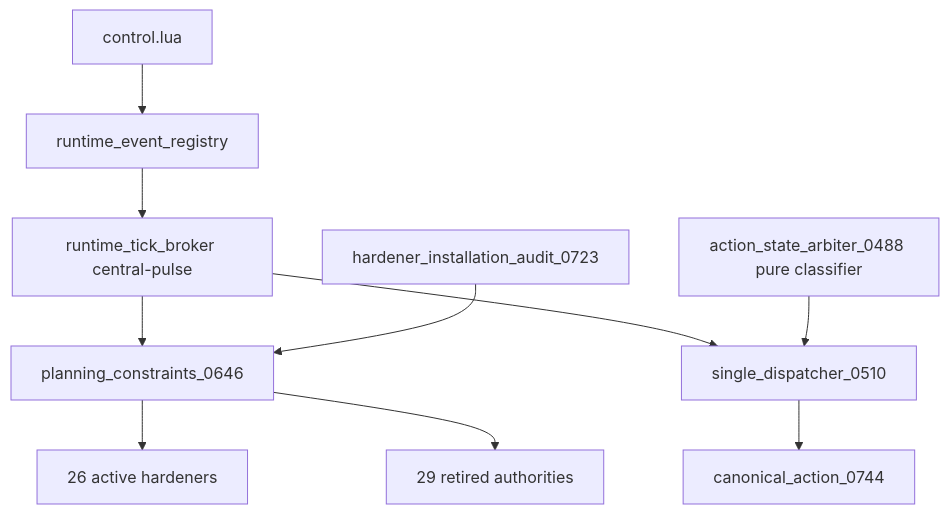
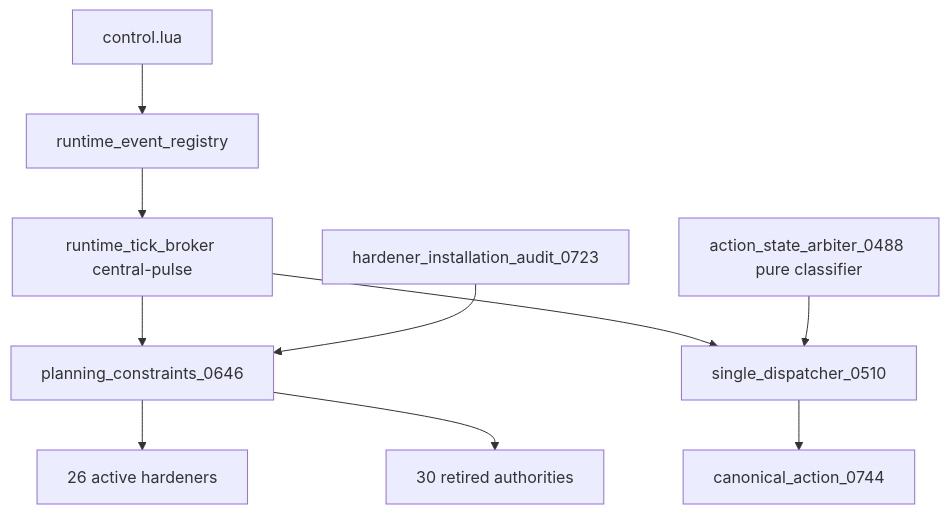
The first of 9 diagrams in docs/RECOVERY_AUTHORITY_MAP_CURRENT.md (mrcalzon02/Tech-Priests), drawn with Mermaid before and after one commit. The commit also changed other lines of this file and 14 other files, not shown here.

````diff
--- a/docs/RECOVERY_AUTHORITY_MAP_CURRENT.md
+++ b/docs/RECOVERY_AUTHORITY_MAP_CURRENT.md
@@ -13,12 +13,12 @@
 ```mermaid
 flowchart TD
     Control[control.lua] --> Registry[runtime_event_registry]
     Registry --> Broker[runtime_tick_broker central-pulse]
     Broker --> Planning[planning_constraints_0646]
     Planning --> Prearm[26 active hardeners]
-    Planning --> Retired[29 retired authorities]
+    Planning --> Retired[30 retired authorities]
     Broker --> Dispatcher[single_dispatcher_0510]
     Dispatcher --> Action[canonical_action_0744]
     Arbiter[action_state_arbiter_0488 pure classifier] --> Dispatcher
     Finalizer[hardener_installation_audit_0723] --> Planning
 ```
````
